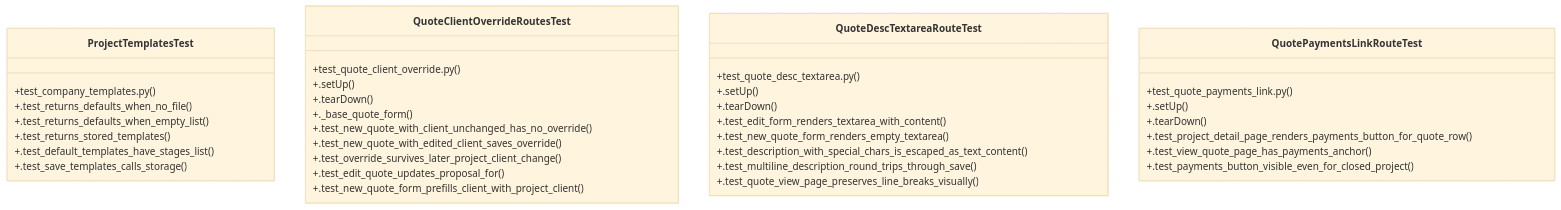
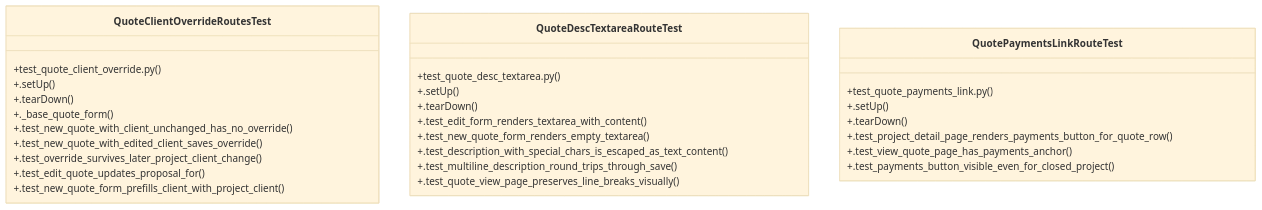
The diagram in graphify-out/wiki/Community_0.md (Daftrick/ProjectTracker), drawn with Mermaid (base theme) before and after one commit. The commit also changed other lines of this file and 414 other files, not shown here.

````diff
--- a/graphify-out/wiki/Community_0.md
+++ b/graphify-out/wiki/Community_0.md
@@ -36,40 +36,32 @@
 ```mermaid
 classDiagram
-    class ProjectTemplatesTest {
-        +test_company_templates.py()
-        +.test_returns_defaults_when_no_file()
-        +.test_returns_defaults_when_empty_list()
-        +.test_returns_stored_templates()
-        +.test_default_templates_have_stages_list()
-        +.test_save_templates_calls_storage()
-    }
     class QuoteClientOverrideRoutesTest {
         +test_quote_client_override.py()
         +.setUp()
         +.tearDown()
         +._base_quote_form()
         +.test_new_quote_with_client_unchanged_has_no_override()
         +.test_new_quote_with_edited_client_saves_override()
         +.test_override_survives_later_project_client_change()
         +.test_edit_quote_updates_proposal_for()
         +.test_new_quote_form_prefills_client_with_project_client()
     }
     class QuoteDescTextareaRouteTest {
         +test_quote_desc_textarea.py()
         +.setUp()
         +.tearDown()
         +.test_edit_form_renders_textarea_with_content()
         +.test_new_quote_form_renders_empty_textarea()
         +.test_description_with_special_chars_is_escaped_as_text_content()
         +.test_multiline_description_round_trips_through_save()
         +.test_quote_view_page_preserves_line_breaks_visually()
     }
     class QuotePaymentsLinkRouteTest {
         +test_quote_payments_link.py()
         +.setUp()
         +.tearDown()
         +.test_project_detail_page_renders_payments_button_for_quote_row()
         +.test_view_quote_page_has_payments_anchor()
         +.test_payments_button_visible_even_for_closed_project()
     }
 ```
````
